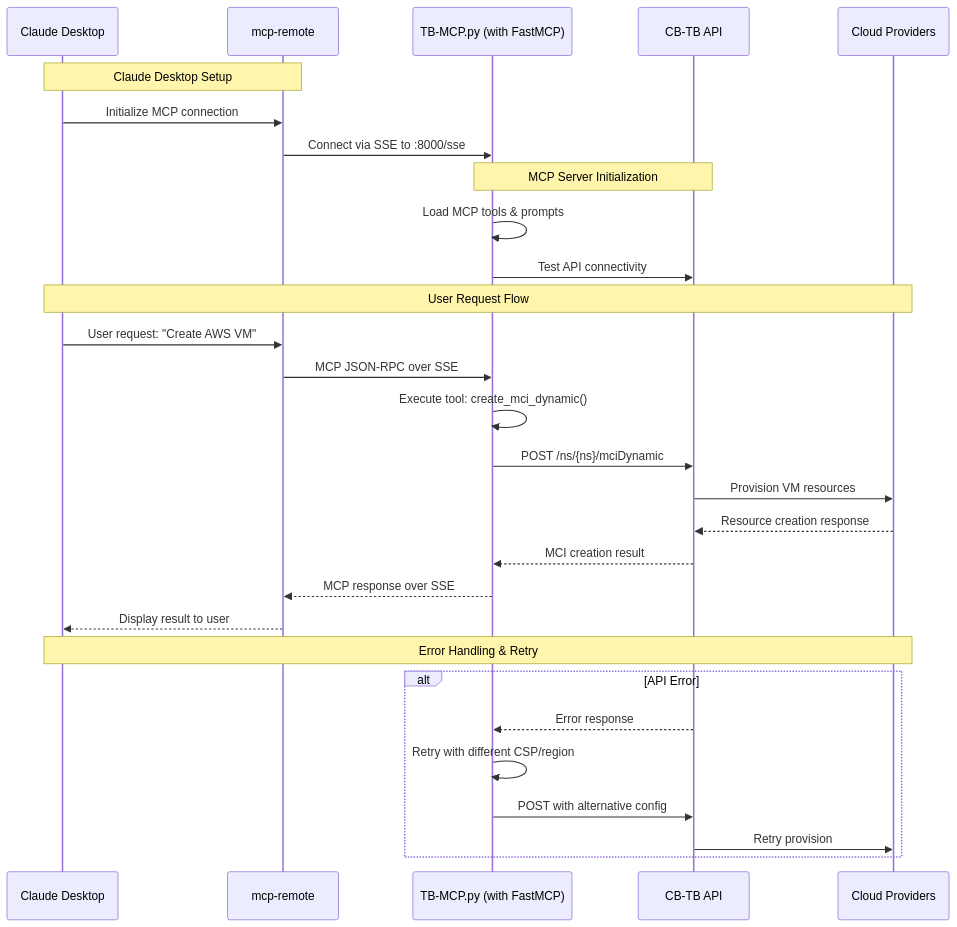
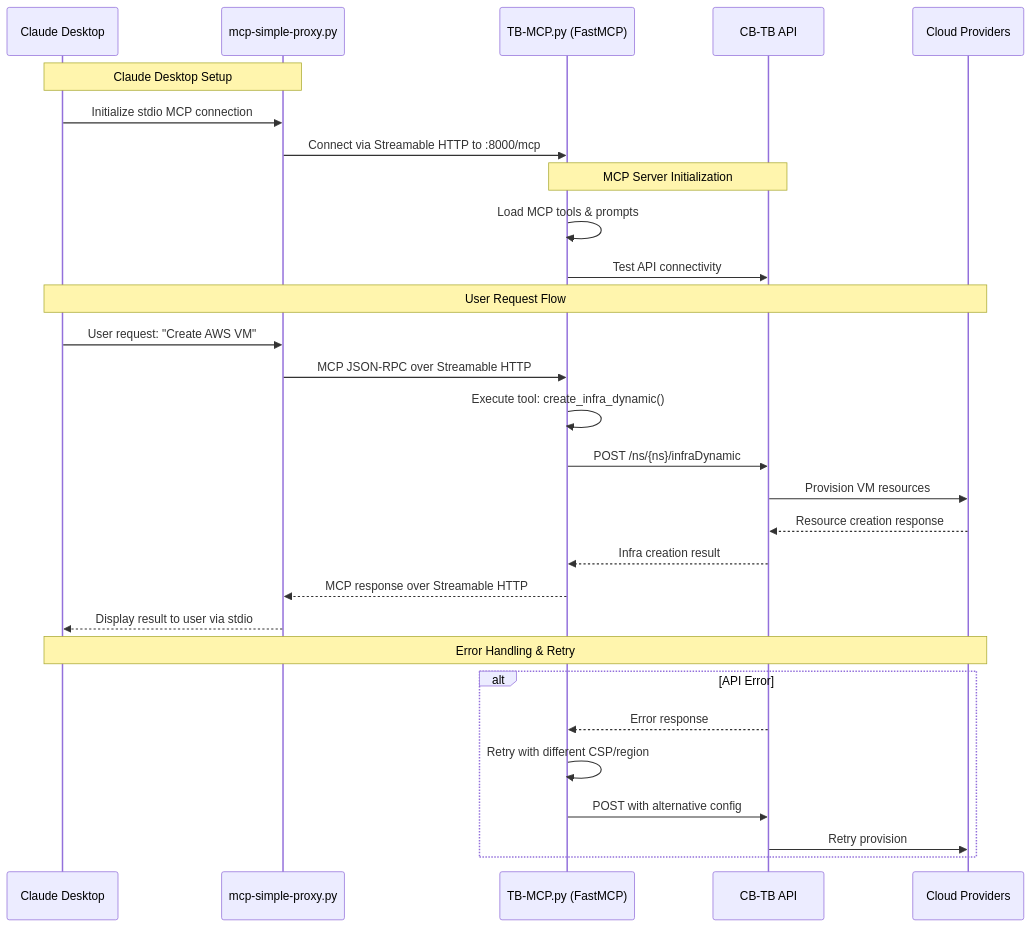
One commit to cloud-barista/cm-beetle changed the second of 7 diagrams in deployments/docker-compose/cb-tumblebug/interface/mcp/architecture.md. Above: the diagram before and after it, drawn with Mermaid. The commit also changed other lines of this file and 59 other files, not shown here.

````diff
--- a/deployments/docker-compose/cb-tumblebug/interface/mcp/architecture.md
+++ b/deployments/docker-compose/cb-tumblebug/interface/mcp/architecture.md
@@ -89,36 +85,36 @@
 ```mermaid
 sequenceDiagram
     participant C as Claude Desktop
-    participant MR as mcp-remote
-    participant TB as TB-MCP.py (with FastMCP)
+    participant P as mcp-simple-proxy.py
+    participant TB as TB-MCP.py (FastMCP)
     participant API as CB-TB API
     participant CSP as Cloud Providers
     
-    Note over C,MR: Claude Desktop Setup
-    C->>MR: Initialize MCP connection
-    MR->>TB: Connect via SSE to :8000/sse
+    Note over C,P: Claude Desktop Setup
+    C->>P: Initialize stdio MCP connection
+    P->>TB: Connect via Streamable HTTP to :8000/mcp
     
     Note over TB,API: MCP Server Initialization
     TB->>TB: Load MCP tools & prompts
     TB->>API: Test API connectivity
     
     Note over C,CSP: User Request Flow
-    C->>MR: User request: "Create AWS VM"
-    MR->>TB: MCP JSON-RPC over SSE
-    TB->>TB: Execute tool: create_mci_dynamic()
+    C->>P: User request: "Create AWS VM"
+    P->>TB: MCP JSON-RPC over Streamable HTTP
+    TB->>TB: Execute tool: create_infra_dynamic()
     
-    TB->>API: POST /ns/{ns}/mciDynamic
+    TB->>API: POST /ns/{ns}/infraDynamic
     API->>CSP: Provision VM resources
     CSP-->>API: Resource creation response
-    API-->>TB: MCI creation result
-    TB-->>MR: MCP response over SSE
-    MR-->>C: Display result to user
+    API-->>TB: Infra creation result
+    TB-->>P: MCP response over Streamable HTTP
+    P-->>C: Display result to user via stdio
     
     Note over C,CSP: Error Handling & Retry
     alt API Error
         API-->>TB: Error response
         TB->>TB: Retry with different CSP/region
         TB->>API: POST with alternative config
         API->>CSP: Retry provision
     end
 ```
````
